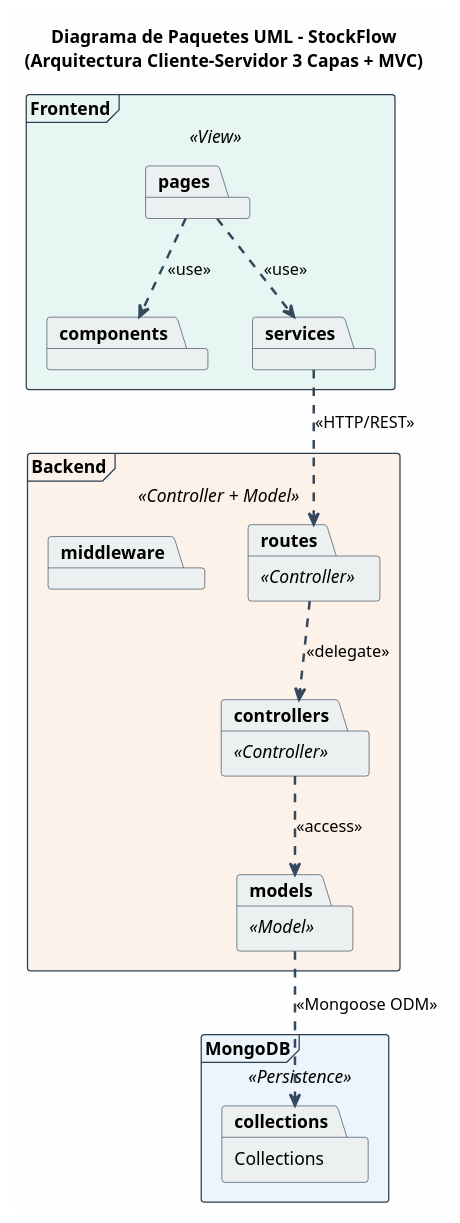
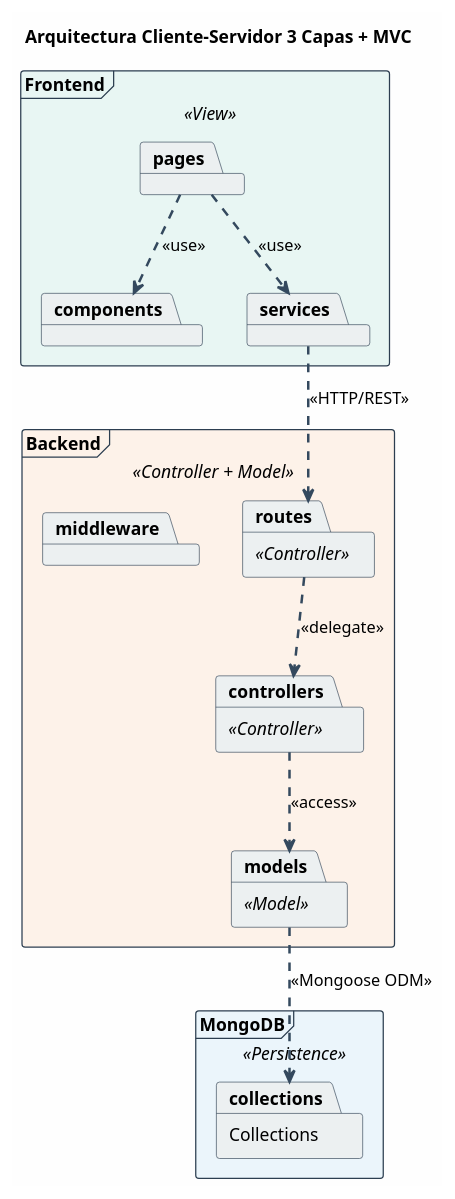
One commit to JohannCaizaguano/Recuperacion changed the diagram in docs/diagramas/arquitectura.puml. Above: the diagram before and after it, drawn with PlantUML. The commit also changed 9 other files, not shown here.

```diff
--- a/docs/diagramas/arquitectura.puml
+++ b/docs/diagramas/arquitectura.puml
@@ -1,57 +1,57 @@
 @startuml Diagrama de Paquetes - StockFlow
 
 skinparam backgroundColor #FEFEFE
 skinparam packageBorderColor #2C3E50
 skinparam packageBackgroundColor #ECF0F1
 skinparam arrowColor #34495E
 skinparam arrowThickness 2
 skinparam packageStyle frame
 
-title Diagrama de Paquetes UML - StockFlow\n(Arquitectura Cliente-Servidor 3 Capas + MVC)
+title Arquitectura Cliente-Servidor 3 Capas + MVC
 
 ' ==========================================
 ' CAPA CLIENTE (VISTA)
 ' ==========================================
 package "Frontend" as frontend <<View>> #E8F6F3 {
     package "pages" as pages
     package "components" as components
     package "services" as services
 }
 
 ' ==========================================
 ' CAPA SERVIDOR (CONTROLADOR + MODELO)
 ' ==========================================
 package "Backend" as backend <<Controller + Model>> #FDF2E9 {
     
     package "routes" as routes <<Controller>>
     package "controllers" as controllers <<Controller>>
     package "middleware" as middleware
     package "models" as models <<Model>>
 }
 
 ' ==========================================
 ' CAPA DE DATOS
 ' ==========================================
 package "MongoDB" as database <<Persistence>> #EBF5FB {
     package "Collections" as collections
 }
 
 ' ==========================================
 ' DEPENDENCIAS
 ' ==========================================
 
 ' Frontend interno
 pages ..> components : <<use>>
 pages ..> services : <<use>>
 
 ' Frontend a Backend (Vista a Controlador)
 services ..> routes : <<HTTP/REST>>
 
 ' Backend interno (Controlador a Modelo)
 routes ..> controllers : <<delegate>>
 controllers ..> models : <<access>>
 
 ' Modelo a Base de Datos
 models ..> collections : <<Mongoose ODM>>
 
 @enduml
```
